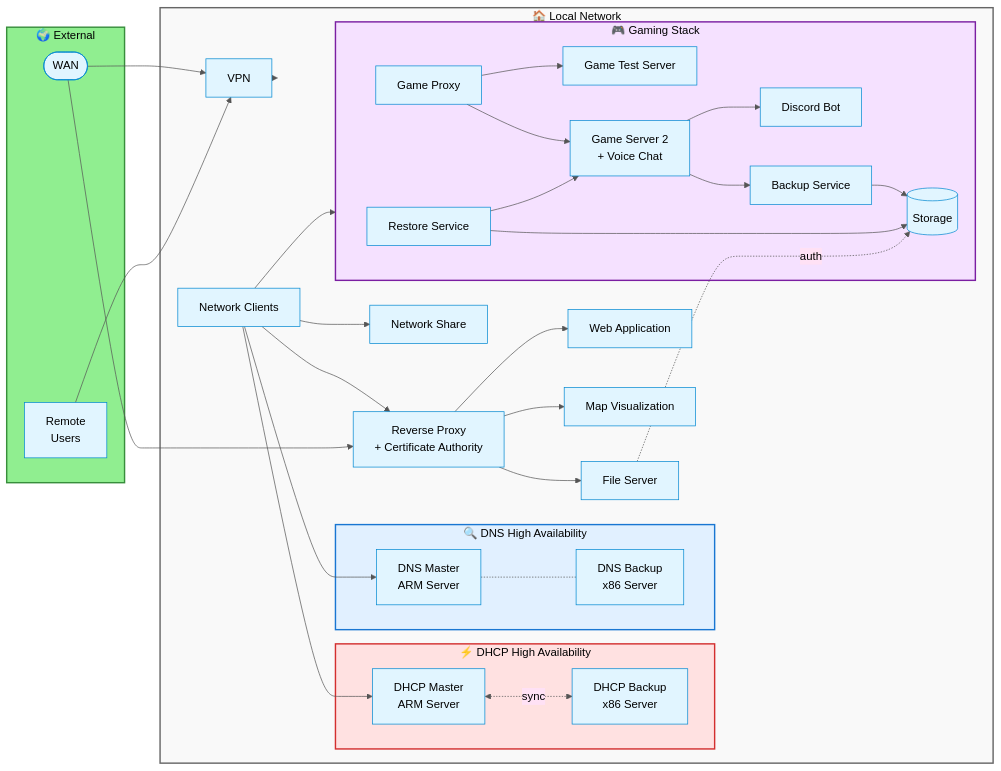
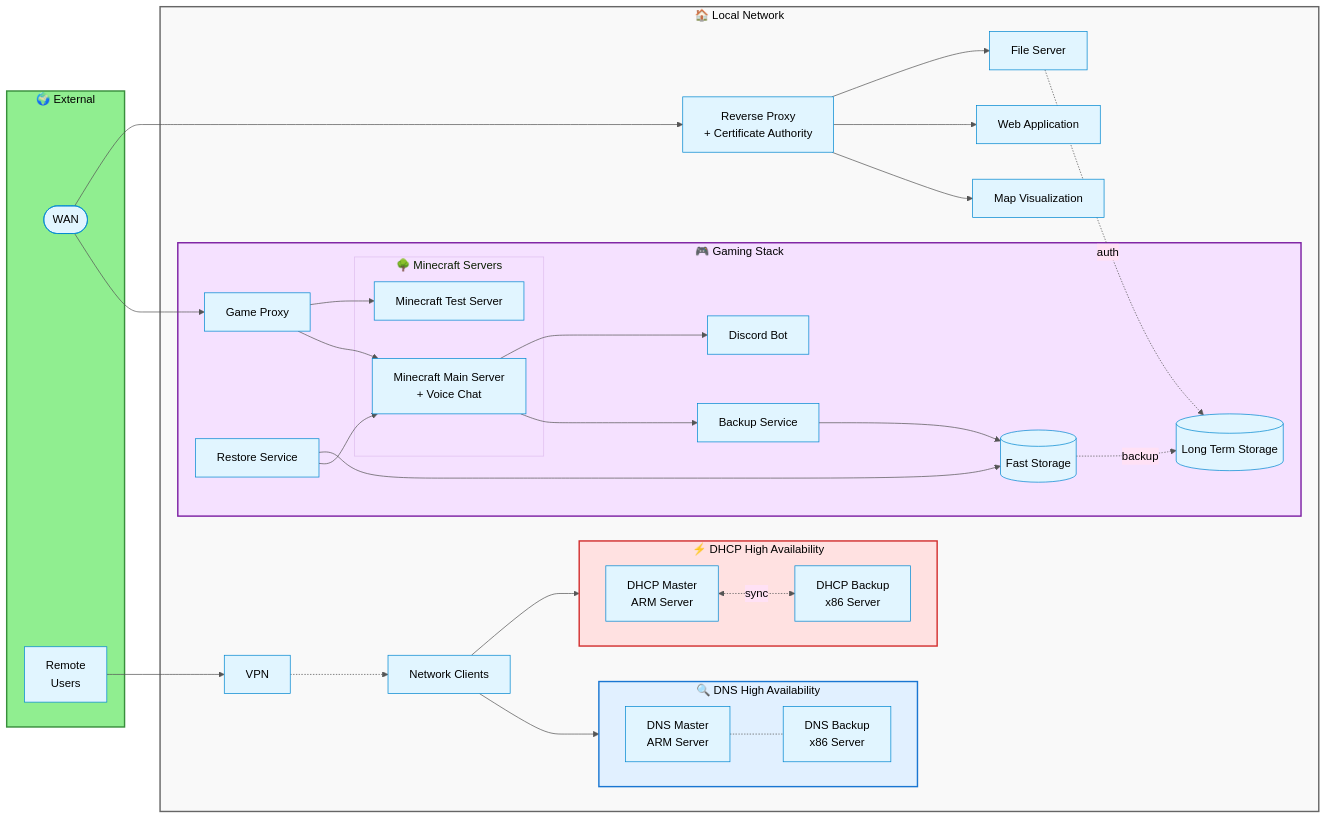
One commit to VVHome/homelab-infrastructure changed the third of 4 diagrams in README.md. Above: the diagram before and after it, drawn with Mermaid. The commit also changed other lines of this file, not shown here.

Commit message:
Refactor service diagrams in README to improve clarity and organization of gaming and web services

````diff
--- a/README.md
+++ b/README.md
@@ -101,75 +105,79 @@
 ```mermaid
 %%{init: {'theme':'base', 'themeVariables': { 'primaryColor':'#e1f5ff','primaryTextColor':'#000','primaryBorderColor':'#0288d1','lineColor':'#555','secondaryColor':'#ffe1f5','tertiaryColor':'#f5e1ff','noteTextColor':'#000'}}}%%
 graph LR
     subgraph External["🌍 External"]
         WAN([WAN])
         Remote[Remote<br/>Users]
     end
     
     subgraph Network["🏠 Local Network"]
         Clients[Network Clients]
         
         subgraph DHCP_HA["⚡ DHCP High Availability"]
+            direction LR
             DHCP_M[DHCP Master<br/>ARM Server]
             DHCP_B[DHCP Backup<br/>x86 Server]
             DHCP_M <-.sync.-> DHCP_B
         end
         
         subgraph DNS_HA["🔍 DNS High Availability"]
+            direction LR
             DNS_M[DNS Master<br/>ARM Server]
             DNS_B[DNS Backup<br/>x86 Server]
             DNS_M -.- DNS_B
         end
         
         subgraph MC_Stack["🎮 Gaming Stack"]
             Proxy[Game Proxy]
-            Game1[Game Test Server]
-            Game2[Game Server 2<br/>+ Voice Chat]
+            
+            subgraph Services2["🌳 Minecraft Servers"]
+                M1[Minecraft Test Server]
+                M2[Minecraft Main Server<br/>+ Voice Chat]
+            end
+
             Discord[Discord Bot]
             Backup[Backup Service]
             Restore[Restore Service]
-            Storage[(Storage)]
-            
-            Proxy --> Game1
-            Proxy --> Game2
-            Game2 --> Discord
-            Game2 --> Backup
-            Backup --> Storage
-            Restore --> Storage
-            Restore --> Game2
+            StorageSSD[(Fast Storage)]
+            StorageHDD[(Long Term Storage)]
         end
         
         RevProxy[Reverse Proxy<br/>+ Certificate Authority]
+        Files[File Server]
         App1[Web Application]
         App2[Map Visualization]
-        Files[File Server]
         
-        FileShare[Network Share]
         VPN[VPN]
     end
     
-    WAN --> VPN
     Remote --> VPN
-    VPN --> Network
+    VPN -.-> Clients
     
-    Clients --> DHCP_M
-    Clients --> DNS_M
-    Clients --> RevProxy
+    Files -.auth.-> StorageHDD
+    
+    Clients --> DHCP_HA
+    Clients --> DNS_HA
     
     WAN --> RevProxy
+    WAN --> Proxy
     
+    RevProxy --> Files
     RevProxy --> App1
     RevProxy --> App2
-    RevProxy --> Files
     
-    Files -.auth.-> Storage
-    
-    Clients --> MC_Stack
-    Clients --> FileShare
-    
+    Proxy --> M1
+    Proxy --> M2
+    M2 --> Discord
+    M2 --> Backup
+    Backup --> StorageSSD
+    Restore --> StorageSSD
+    Restore --> M2
+
+    StorageSSD -.backup.-> StorageHDD
+
     style External fill:#90EE90,stroke:#388e3c,stroke-width:2px,color:#000
     style DHCP_HA fill:#ffe1e1,stroke:#d32f2f,stroke-width:2px,color:#000
     style DNS_HA fill:#e1f0ff,stroke:#1976d2,stroke-width:2px,color:#000
     style MC_Stack fill:#f5e1ff,stroke:#7b1fa2,stroke-width:2px,color:#000
     style Network fill:#f9f9f9,stroke:#666,stroke-width:2px,color:#000
 ```
````
